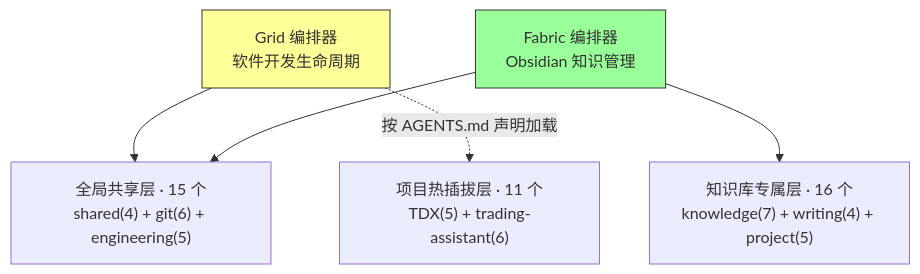
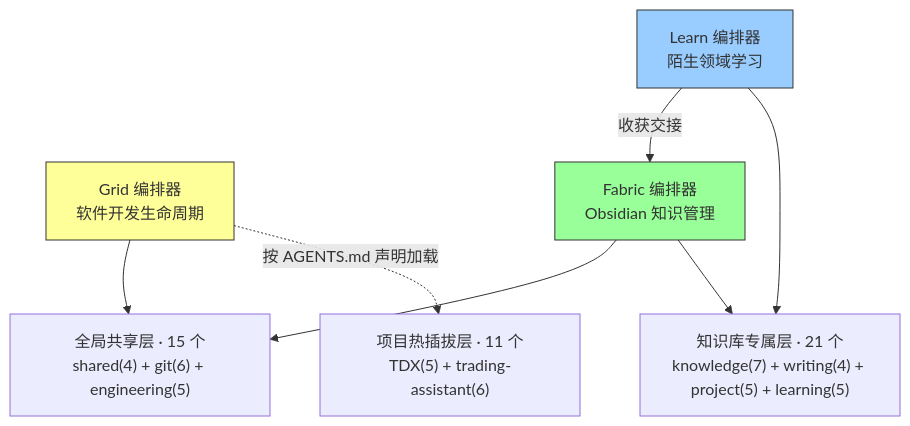
The first of 3 diagrams in README.md (Grid0723/skills), drawn with Mermaid before and after one commit. The commit also changed other lines of this file and 8 other files, not shown here.

First line of the commit message:
feat: 新增 learning 体系——dig/harvest/map/learn/verify 五阶段学习 skill

````diff
--- a/README.md
+++ b/README.md
@@ -47,16 +48,20 @@
 ```mermaid
 graph TB
     GRID["Grid 编排器<br/>软件开发生命周期"]
     FAB["Fabric 编排器<br/>Obsidian 知识管理"]
+    LEARN["Learn 编排器<br/>陌生领域学习"]
     SHARED["全局共享层 · 15 个<br/>shared(4) + git(6) + engineering(5)"]
-    VAULT["知识库专属层 · 16 个<br/>knowledge(7) + writing(4) + project(5)"]
+    VAULT["知识库专属层 · 21 个<br/>knowledge(7) + writing(4) + project(5) + learning(5)"]
     PROJ["项目热插拔层 · 11 个<br/>TDX(5) + trading-assistant(6)"]
 
     GRID --> SHARED
     FAB --> SHARED
+    LEARN -->|收获交接| FAB
     FAB --> VAULT
+    LEARN --> VAULT
     GRID -.->|按 AGENTS.md 声明加载| PROJ
 
     style GRID fill:#ff9,stroke:#333
     style FAB fill:#9f9,stroke:#333
+    style LEARN fill:#9cf,stroke:#333
 ```
````
